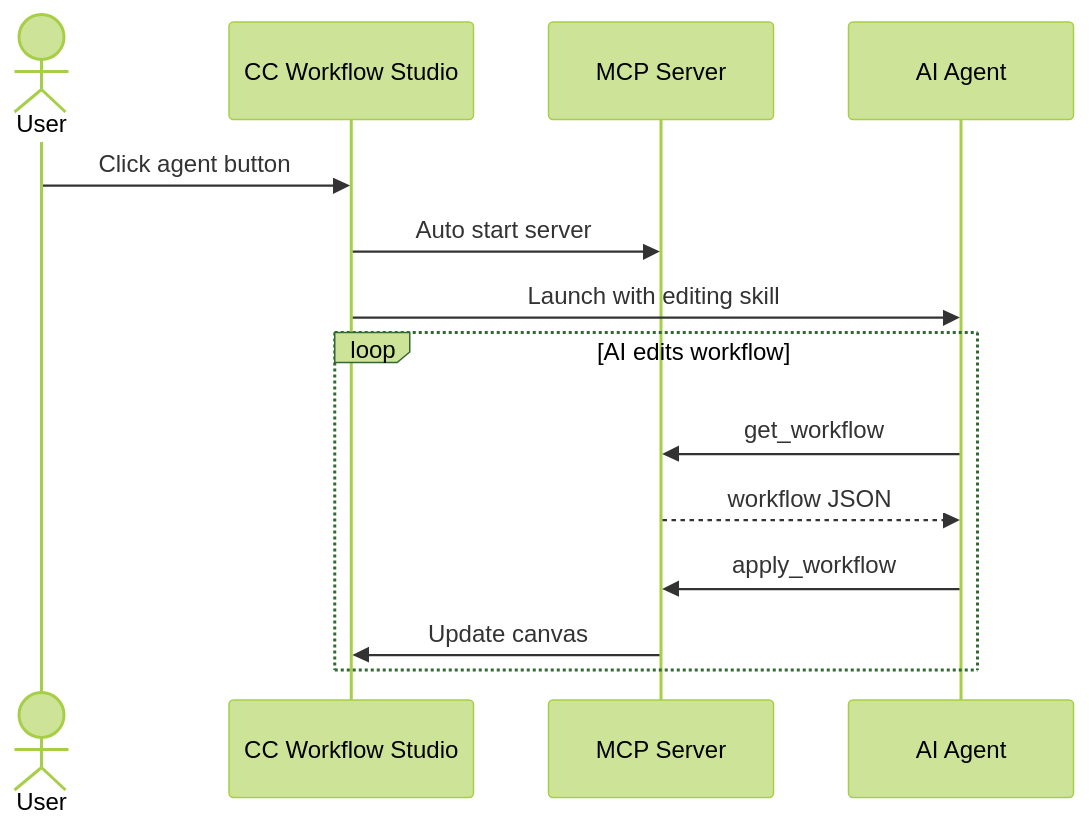
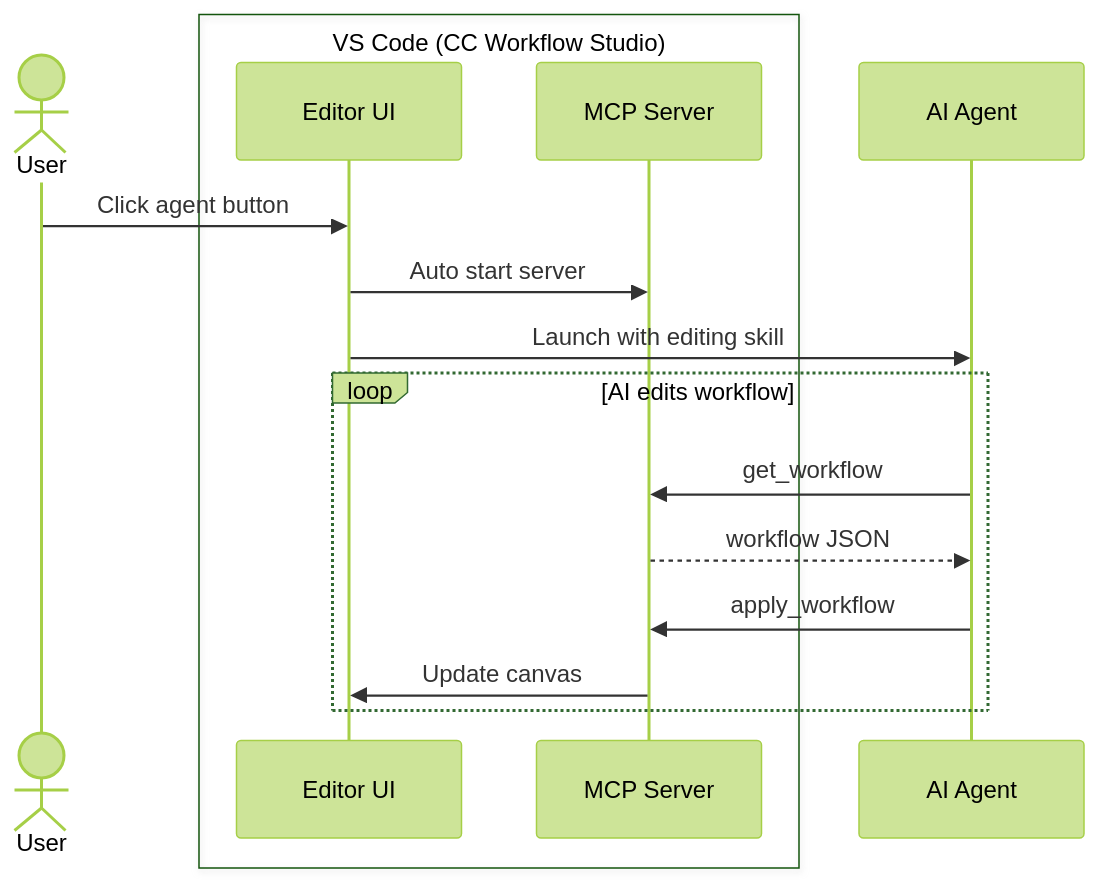
Before and after one commit to breaking-brake/cc-wf-studio: the diagram in README.md, drawn with Mermaid (forest theme).

Commit message:
chore: clarify MCP server is built into CC Workflow Studio (#607)
- Use Mermaid box notation to visually group Editor UI and MCP Server
  as internal components of CC Workflow Studio

````diff
--- a/README.md
+++ b/README.md
@@ -99,18 +99,20 @@
 ```mermaid
 sequenceDiagram
     actor User
-    participant VSCode as CC Workflow Studio
-    participant MCP as MCP Server
+    box VS Code (CC Workflow Studio)
+        participant UI as Editor UI
+        participant MCP as MCP Server
+    end
     participant Agent as AI Agent
 
-    User->>VSCode: Click agent button
-    VSCode->>MCP: Auto start server
-    VSCode->>Agent: Launch with editing skill
+    User->>UI: Click agent button
+    UI->>MCP: Auto start server
+    UI->>Agent: Launch with editing skill
 
     loop AI edits workflow
         Agent->>MCP: get_workflow
         MCP-->>Agent: workflow JSON
         Agent->>MCP: apply_workflow
-        MCP->>VSCode: Update canvas
+        MCP->>UI: Update canvas
     end
 ```
````
